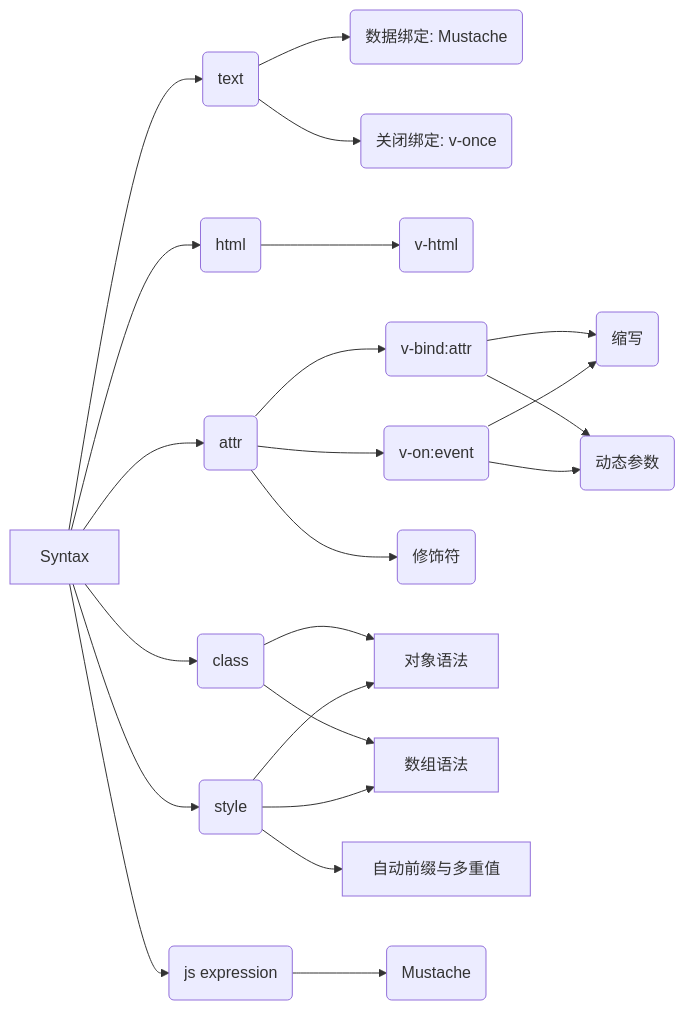
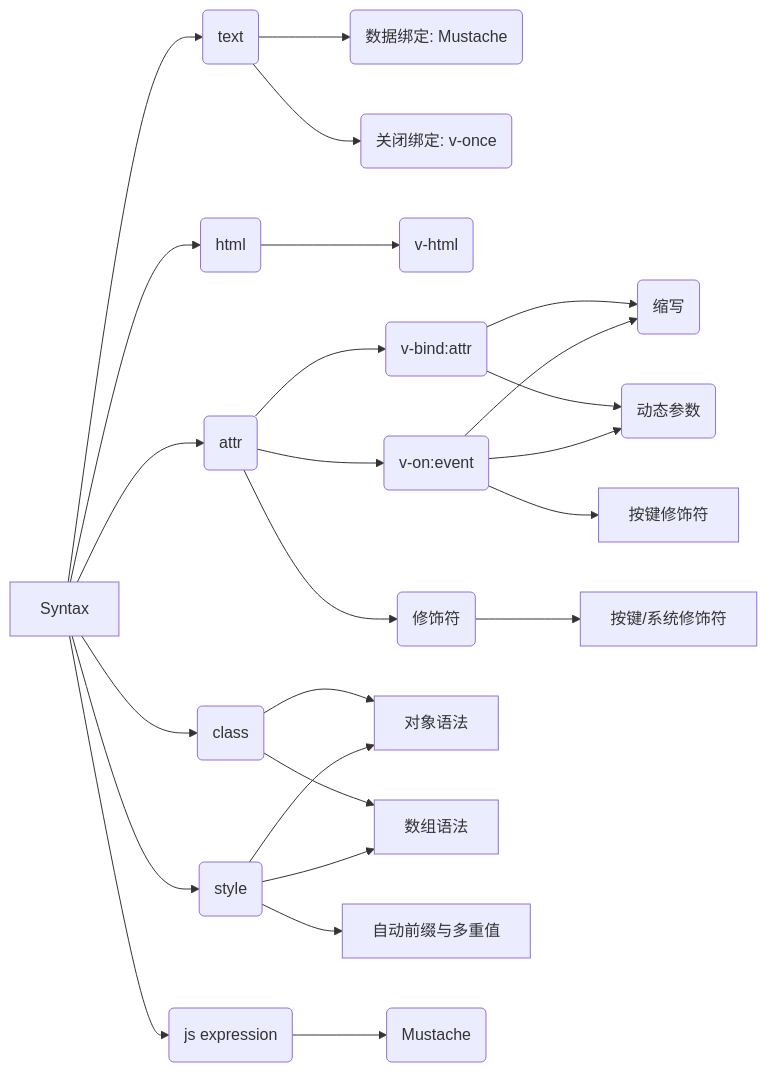
The second of 5 diagrams in _posts/Vue/2020-03-23-vue-note-mind-map.md (zoharyips/zoharyips.github.io), drawn with Mermaid before and after one commit. The commit also changed other lines of this file, not shown here.

```diff
--- a/_posts/Vue/2020-03-23-vue-note-mind-map.md
+++ b/_posts/Vue/2020-03-23-vue-note-mind-map.md
@@ -43,23 +43,25 @@
 <div class="mermaid">
 graph LR
 A[Syntax] --> B(text)
 B --> B1(数据绑定: Mustache)
 B --> B2(关闭绑定: v-once)
 A --> C(html) --> C1(v-html)
 A --> D(attr)
 D --> D1(v-bind:attr)
 D --> D2(v-on:event)
 D1 --> D4(缩写)
 D2 --> D4
 D1 --> D3(动态参数)
 D2 --> D3
 D --> D5(修饰符)
+D2 --> 按键修饰符
+D5 --> 按键/系统修饰符
 A --> F(class)
 F --> 对象语法
 F --> 数组语法
 A --> G(style)
 G --> 对象语法
 G --> 数组语法
 G --> 自动前缀与多重值
 A --> E(js expression) --> E1(Mustache)
 </div>
```
